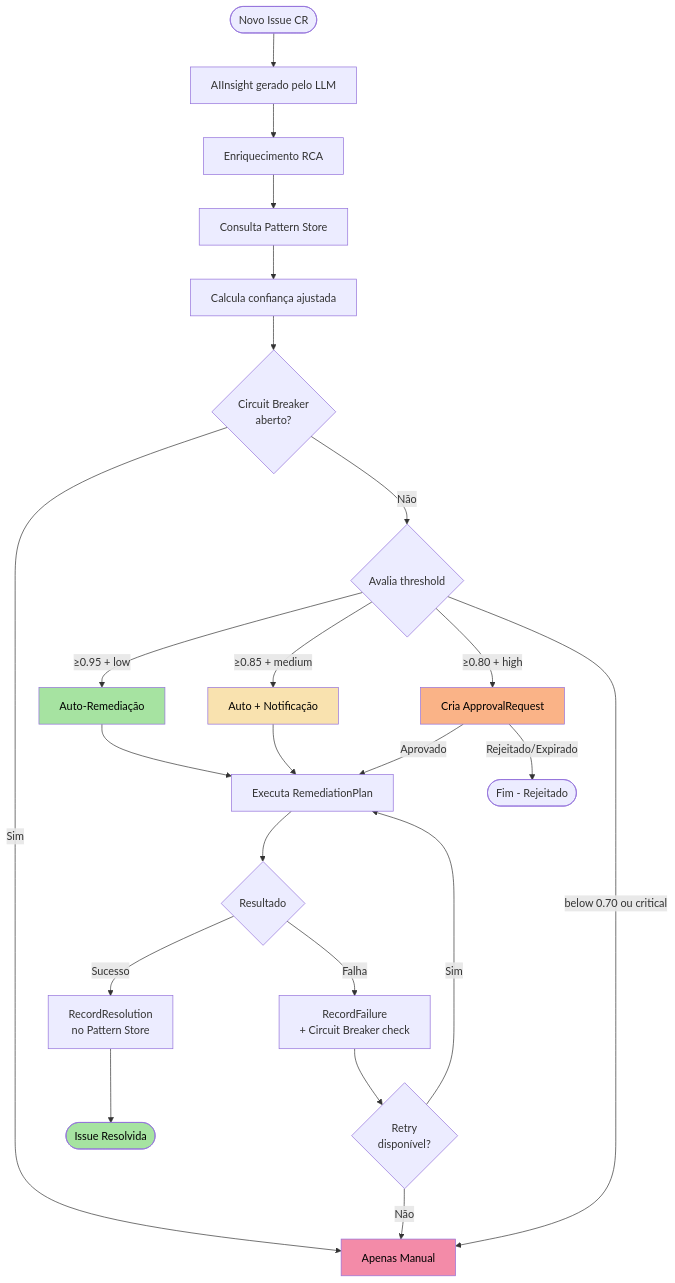
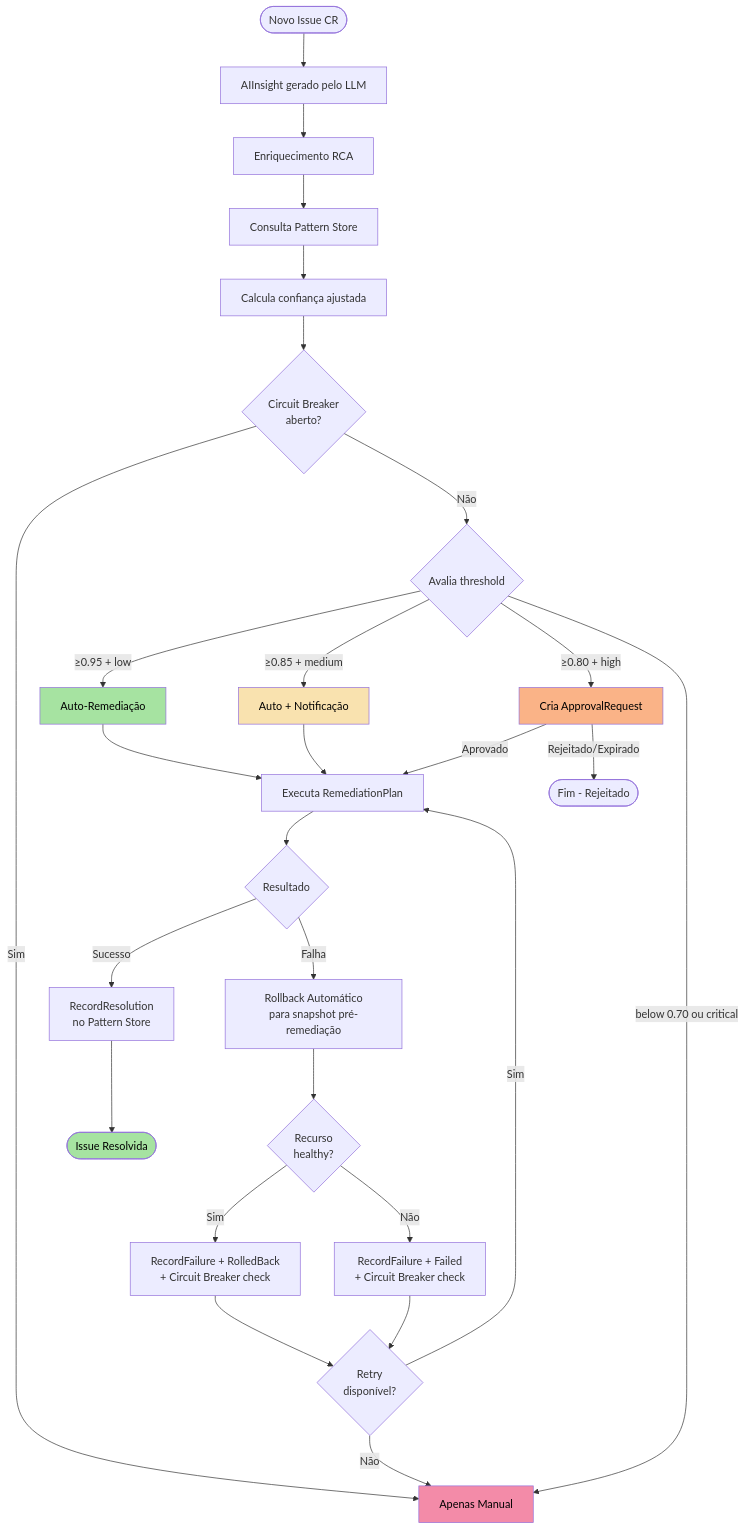
The second of 2 diagrams in features/aiops/decision-engine.mdx (diillson/chatcli.ai), drawn with Mermaid before and after one commit. The commit also changed 9 other files, not shown here.

````diff
--- a/features/aiops/decision-engine.mdx
+++ b/features/aiops/decision-engine.mdx
@@ -788,36 +788,40 @@
 ```mermaid
 flowchart TD
     START([Novo Issue CR]) --> INSIGHT[AIInsight gerado pelo LLM]
     INSIGHT --> RCA[Enriquecimento RCA]
     RCA --> PATTERN[Consulta Pattern Store]
     PATTERN --> CALC[Calcula confiança ajustada]
 
     CALC --> CB{Circuit Breaker<br/>aberto?}
     CB -->|Sim| MANUAL[Apenas Manual]
     CB -->|Não| THRESHOLD{Avalia threshold}
 
     THRESHOLD -->|≥0.95 + low| AUTO[Auto-Remediação]
     THRESHOLD -->|≥0.85 + medium| NOTIFY[Auto + Notificação]
     THRESHOLD -->|≥0.80 + high| APPROVAL[Cria ApprovalRequest]
     THRESHOLD -->|below 0.70 ou critical| MANUAL
 
     AUTO --> EXEC[Executa RemediationPlan]
     NOTIFY --> EXEC
     APPROVAL -->|Aprovado| EXEC
     APPROVAL -->|Rejeitado/Expirado| END_REJECT([Fim - Rejeitado])
 
     EXEC --> RESULT{Resultado}
     RESULT -->|Sucesso| RECORD_OK[RecordResolution<br/>no Pattern Store]
-    RESULT -->|Falha| RECORD_FAIL[RecordFailure<br/>+ Circuit Breaker check]
+    RESULT -->|Falha| ROLLBACK[Rollback Automático<br/>para snapshot pré-remediação]
+    ROLLBACK --> HEALTH{Recurso<br/>healthy?}
+    HEALTH -->|Sim| RECORD_FAIL[RecordFailure + RolledBack<br/>+ Circuit Breaker check]
+    HEALTH -->|Não| RECORD_FAIL_HARD[RecordFailure + Failed<br/>+ Circuit Breaker check]
 
     RECORD_OK --> END_OK([Issue Resolvida])
     RECORD_FAIL --> RETRY{Retry<br/>disponível?}
+    RECORD_FAIL_HARD --> RETRY
     RETRY -->|Sim| EXEC
     RETRY -->|Não| MANUAL
 
     style AUTO fill:#a6e3a1,color:#000
     style NOTIFY fill:#f9e2af,color:#000
     style APPROVAL fill:#fab387,color:#000
     style MANUAL fill:#f38ba8,color:#000
     style END_OK fill:#a6e3a1,color:#000
 ```
````
